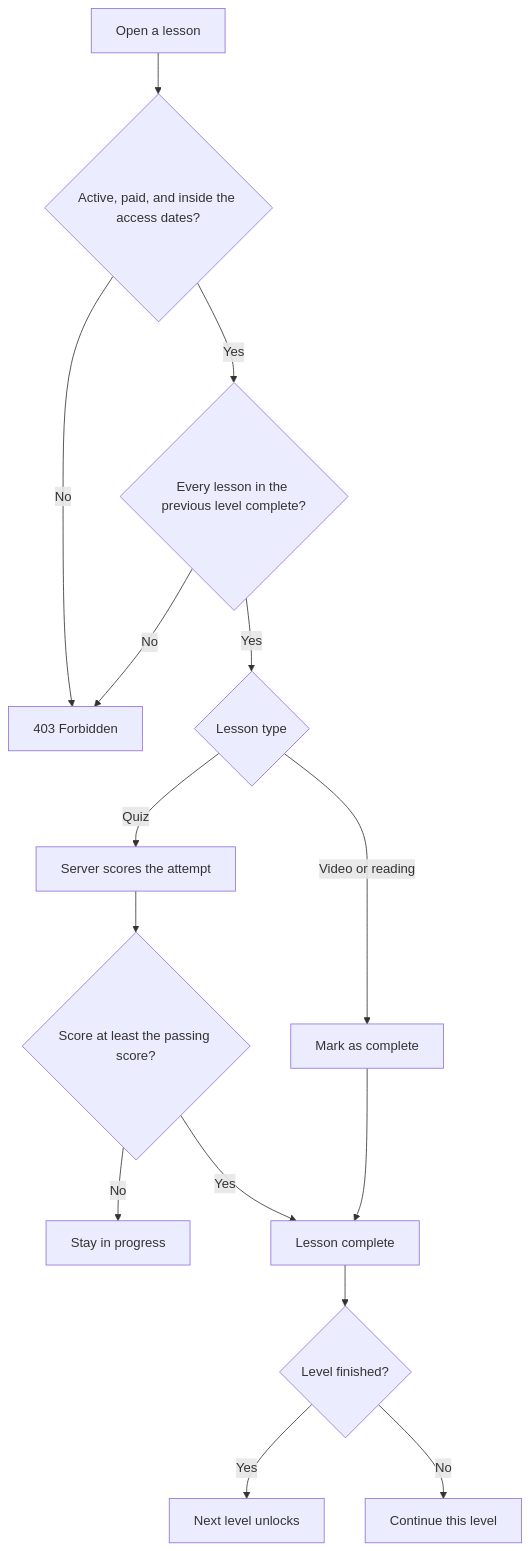
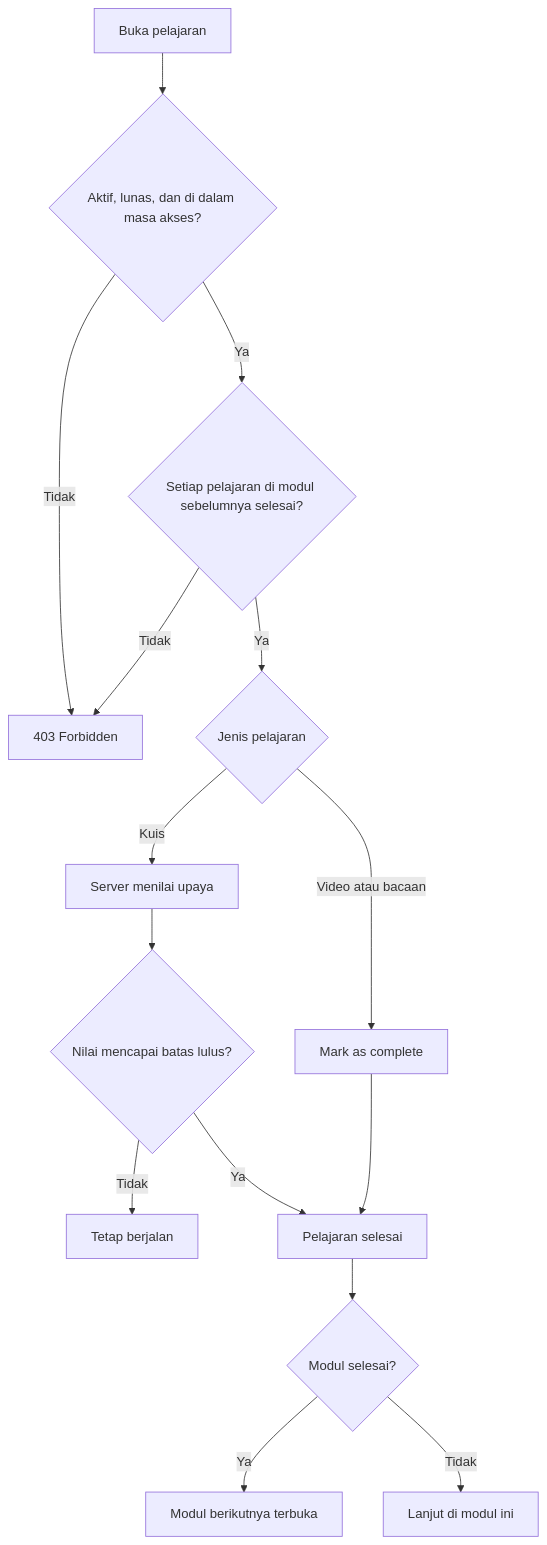
One commit to bionte4/auralogic changed the fourth of 6 diagrams in docs/process-flow.md. Above: the diagram before and after it, drawn with Mermaid. The commit also changed other lines of this file and 4 other files, not shown here.

````diff
--- a/docs/process-flow.md
+++ b/docs/process-flow.md
@@ -64,17 +72,17 @@
 ```mermaid
 flowchart TD
-  open[Open a lesson] --> access{Active, paid, and inside the access dates?}
-  access -->|No| locked[403 Forbidden]
-  access -->|Yes| level{Every lesson in the previous level complete?}
-  level -->|No| locked
-  level -->|Yes| kind{Lesson type}
-  kind -->|Video or reading| mark[Mark as complete]
-  kind -->|Quiz| score[Server scores the attempt]
-  score --> pass{Score at least the passing score?}
-  pass -->|No| retry[Stay in progress]
-  pass -->|Yes| done[Lesson complete]
+  open[Buka pelajaran] --> access{Aktif, lunas, dan di dalam masa akses?}
+  access -->|Tidak| locked[403 Forbidden]
+  access -->|Ya| level{Setiap pelajaran di modul sebelumnya selesai?}
+  level -->|Tidak| locked
+  level -->|Ya| kind{Jenis pelajaran}
+  kind -->|Video atau bacaan| mark[Mark as complete]
+  kind -->|Kuis| score[Server menilai upaya]
+  score --> pass{Nilai mencapai batas lulus?}
+  pass -->|Tidak| retry[Tetap berjalan]
+  pass -->|Ya| done[Pelajaran selesai]
   mark --> done
-  done --> next{Level finished?}
-  next -->|Yes| unlock[Next level unlocks]
-  next -->|No| more[Continue this level]
+  done --> next{Modul selesai?}
+  next -->|Ya| unlock[Modul berikutnya terbuka]
+  next -->|Tidak| more[Lanjut di modul ini]
 ```
````
